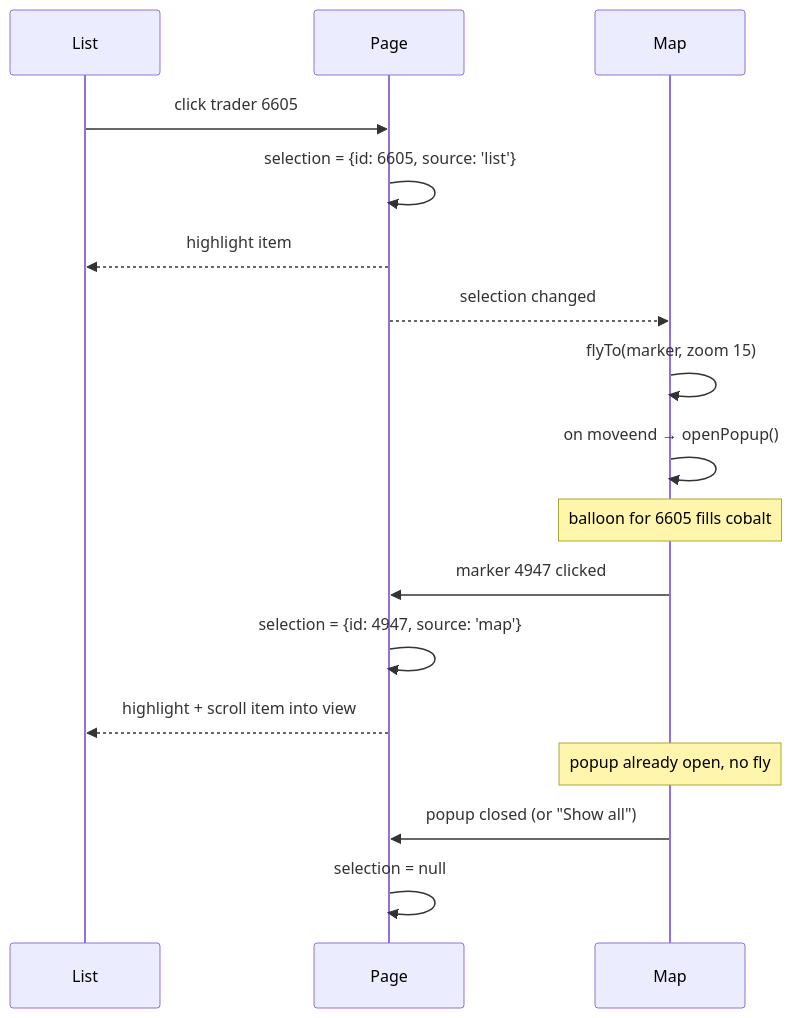
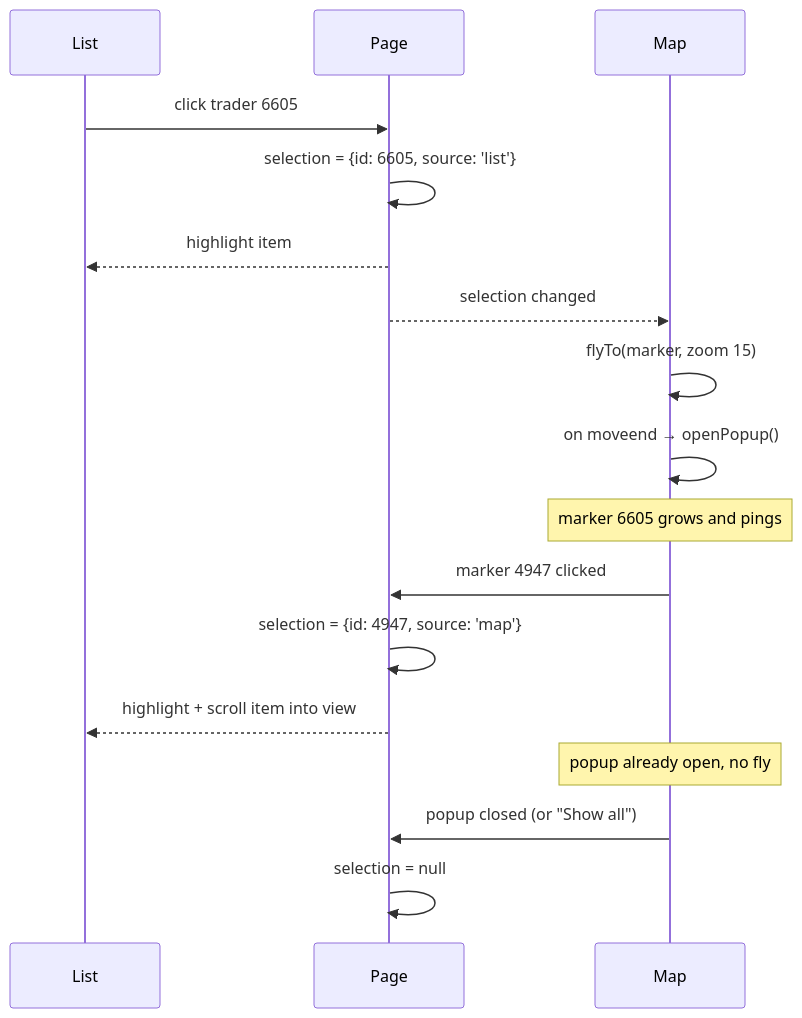
One commit to Redolid/egic-assignment changed the second of 2 diagrams in docs/task-3-traders-map.md. Above: the diagram before and after it, drawn with Mermaid. The commit also changed other lines of this file and 52 other files, not shown here.

````diff
--- a/docs/task-3-traders-map.md
+++ b/docs/task-3-traders-map.md
@@ -55,21 +57,21 @@
 ```mermaid
 sequenceDiagram
   participant List
   participant Page
   participant Map
   List->>Page: click trader 6605
   Page->>Page: selection = {id: 6605, source: 'list'}
   Page-->>List: highlight item
   Page-->>Map: selection changed
   Map->>Map: flyTo(marker, zoom 15)
   Map->>Map: on moveend → openPopup()
-  Note over Map: balloon for 6605 fills cobalt
+  Note over Map: marker 6605 grows and pings
 
   Map->>Page: marker 4947 clicked
   Page->>Page: selection = {id: 4947, source: 'map'}
   Page-->>List: highlight + scroll item into view
   Note over Map: popup already open, no fly
 
   Map->>Page: popup closed (or "Show all")
   Page->>Page: selection = null
 ```
````
